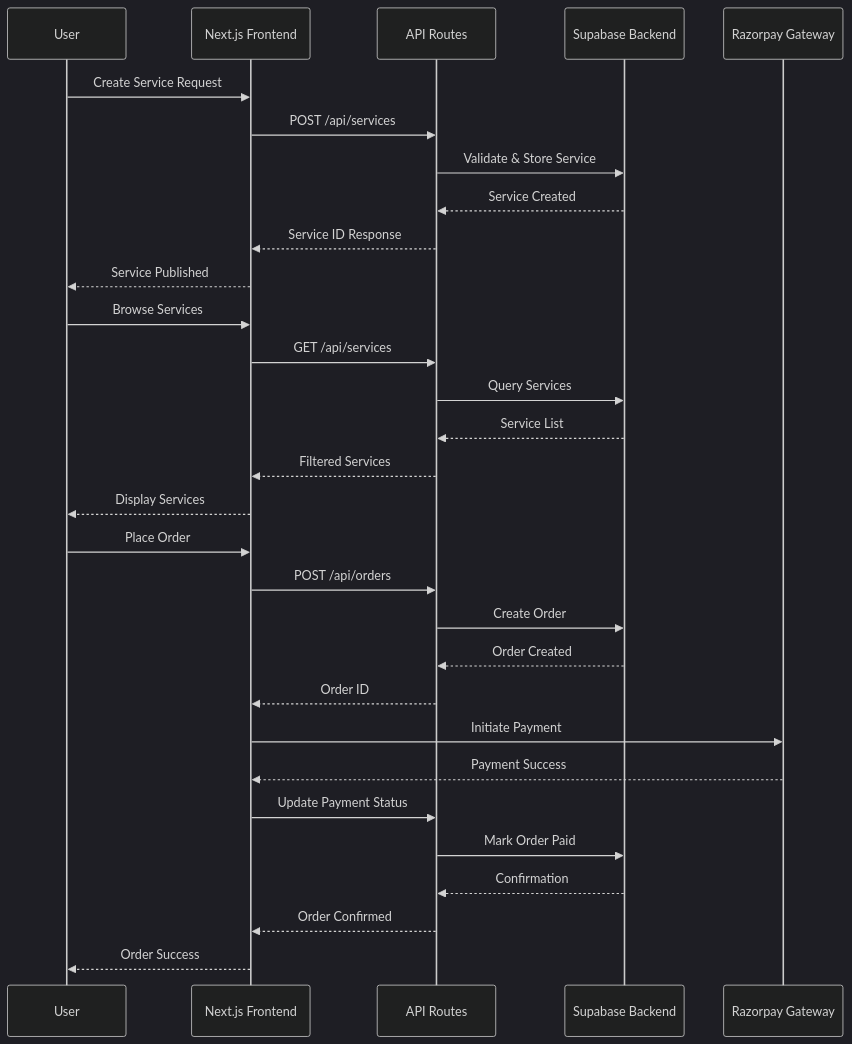
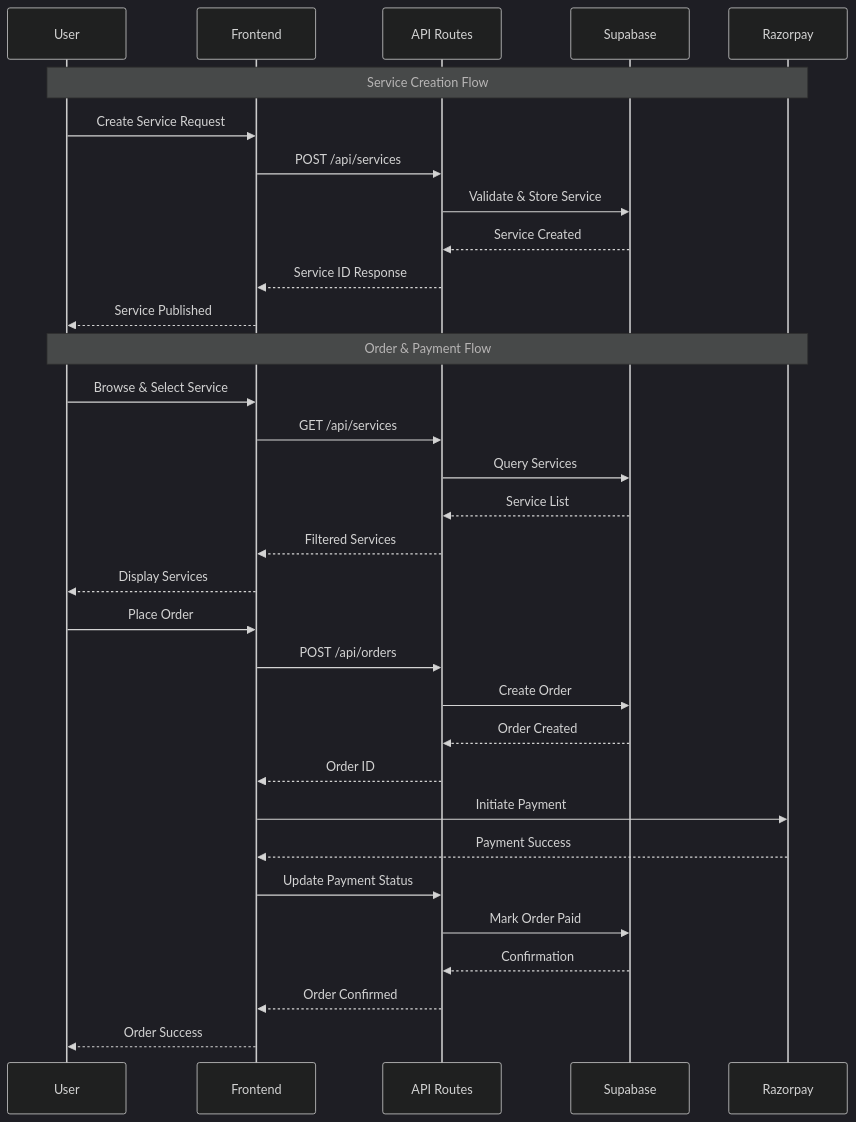
Before and after one commit to Om7035/student-market: the second of 11 diagrams in ARCHITECTURE_DIAGRAMS.md, drawn with Mermaid (dark theme). The commit also changed other lines of this file, not shown here.

````diff
--- a/ARCHITECTURE_DIAGRAMS.md
+++ b/ARCHITECTURE_DIAGRAMS.md
@@ -116,35 +60,38 @@
 ```mermaid
 sequenceDiagram
-    participant User
-    participant Frontend as Next.js Frontend
-    participant API as API Routes
-    participant Supabase as Supabase Backend
-    participant Razorpay as Razorpay Gateway
+    participant U as User
+    participant F as Frontend
+    participant A as API Routes
+    participant S as Supabase
+    participant R as Razorpay
     
-    User->>Frontend: Create Service Request
-    Frontend->>API: POST /api/services
-    API->>Supabase: Validate & Store Service
-    Supabase-->>API: Service Created
-    API-->>Frontend: Service ID Response
-    Frontend-->>User: Service Published
+    Note over U,R: Service Creation Flow
+    U->>F: Create Service Request
+    F->>A: POST /api/services
+    A->>S: Validate & Store Service
+    S-->>A: Service Created
+    A-->>F: Service ID Response
+    F-->>U: Service Published
     
-    User->>Frontend: Browse Services
-    Frontend->>API: GET /api/services
-    API->>Supabase: Query Services
-    Supabase-->>API: Service List
-    API-->>Frontend: Filtered Services
-    Frontend-->>User: Display Services
+    Note over U,R: Order & Payment Flow
+    U->>F: Browse & Select Service
+    F->>A: GET /api/services
+    A->>S: Query Services
+    S-->>A: Service List
+    A-->>F: Filtered Services
+    F-->>U: Display Services
     
-    User->>Frontend: Place Order
-    Frontend->>API: POST /api/orders
-    API->>Supabase: Create Order
-    Supabase-->>API: Order Created
-    API-->>Frontend: Order ID
-    Frontend->>Razorpay: Initiate Payment
-    Razorpay-->>Frontend: Payment Success
-    Frontend->>API: Update Payment Status
-    API->>Supabase: Mark Order Paid
-    Supabase-->>API: Confirmation
-    API-->>Frontend: Order Confirmed
-    Frontend-->>User: Order Success
+    U->>F: Place Order
+    F->>A: POST /api/orders
+    A->>S: Create Order
+    S-->>A: Order Created
+    A-->>F: Order ID
+    
+    F->>R: Initiate Payment
+    R-->>F: Payment Success
+    F->>A: Update Payment Status
+    A->>S: Mark Order Paid
+    S-->>A: Confirmation
+    A-->>F: Order Confirmed
+    F-->>U: Order Success
 ```
````
